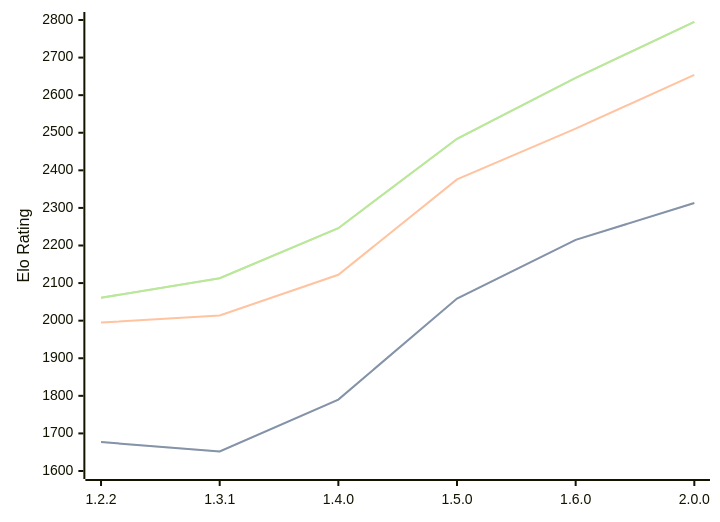
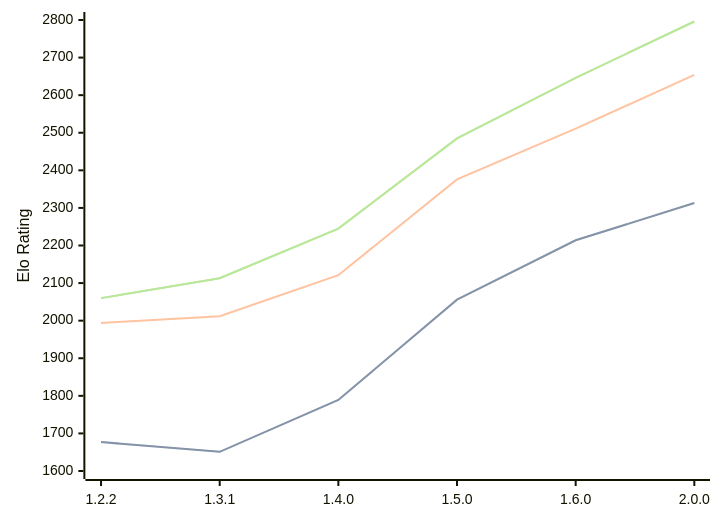
Before and after one commit to computer-chess-index/cci: the diagram in engines/SoloEngine.md, drawn with Mermaid. The commit also changed other lines of this file, not shown here.

Commit message:
Update CCI Ratings (ELO VLTC) - 2026-04-27

````diff
--- a/engines/SoloEngine.md
+++ b/engines/SoloEngine.md
@@ -37,11 +37,11 @@
 ```mermaid
 %%{init: {"theme":"base","themeVariables":{"seriesColors:['#a3a3a3','#222221','#faa371']}}}%%
 xychart-beta
   x-axis ["1.2.2", "1.3.1", "1.4.0", "1.5.0", "1.6.0", "2.0.0"]
   y-axis "Elo Rating" 1600 --> 2800
-  line "STC (8.0+0.08s)" [1677, 1652, 1790, 2059, 2215, 2313]
-  line "STC (8.0+0.08s)" [1677, 1652, 1790, 2059, 2215, 2313]
-  line "LTC (60.0+0.60s)" [1995, 2014, 2122, 2376, 2511, 2654]
-  line "VLTC (2m24s+1.12s)" [2061, 2113, 2246, 2484, 2646, 2795]
-  line "VLTC (2m24s+1.12s)" [2061, 2113, 2246, 2484, 2646, 2795]
+  line "STC (8.0+0.08s)" [1677, 1651, 1789, 2056, 2214, 2313]
+  line "STC (8.0+0.08s)" [1677, 1651, 1789, 2056, 2214, 2313]
+  line "LTC (60.0+0.60s)" [1994, 2012, 2121, 2376, 2511, 2654]
+  line "VLTC (2m24s+1.12s)" [2060, 2113, 2245, 2485, 2646, 2796]
+  line "VLTC (2m24s+1.12s)" [2060, 2113, 2245, 2485, 2646, 2796]
 ```
````
